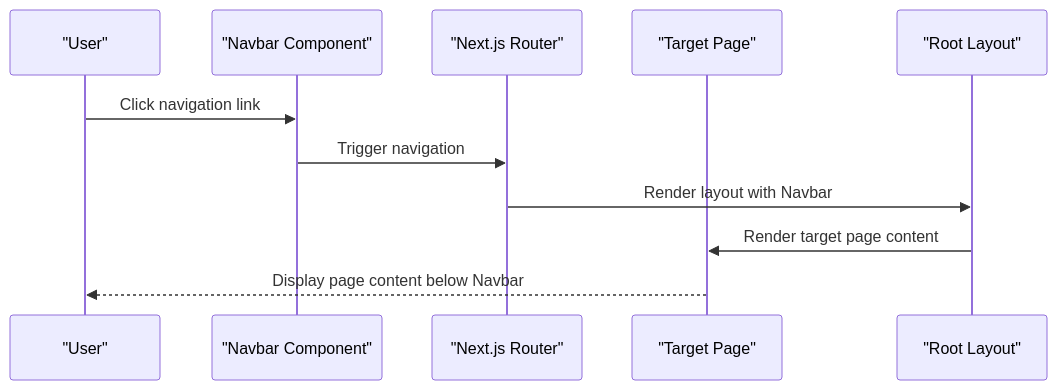
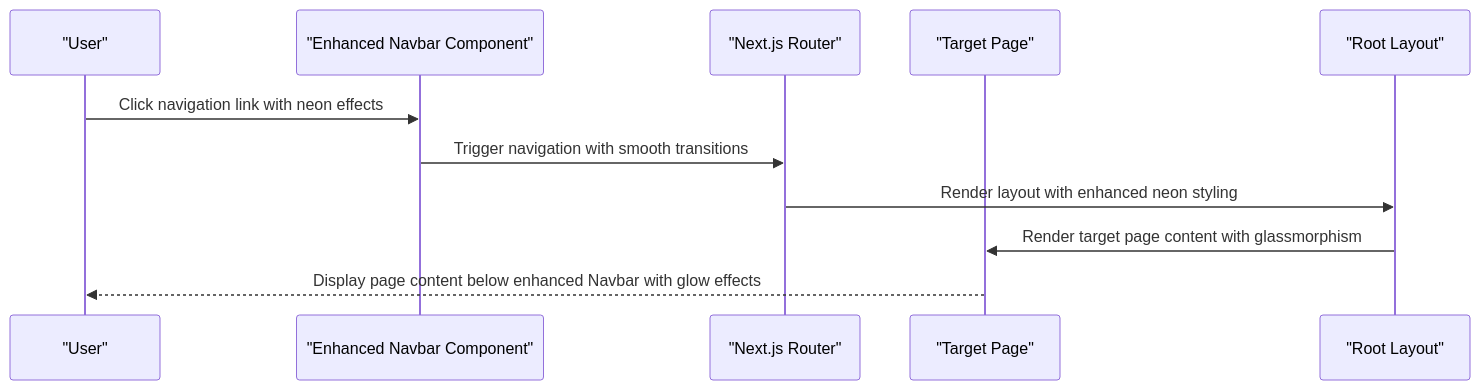
The second of 4 diagrams in .qoder/repowiki/en/content/Frontend Interface/Navigation System.md (Anmo07/Friday), drawn with Mermaid before and after one commit. The commit also changed other lines of this file and 931 other files, not shown here.

Commit message:
feat: update dashboard page and regenerate next.js standalone build artifacts

````diff
--- a/.qoder/repowiki/en/content/Frontend Interface/Navigation System.md
+++ b/.qoder/repowiki/en/content/Frontend Interface/Navigation System.md
@@ -90,13 +100,13 @@
 ```mermaid
 sequenceDiagram
 participant User as "User"
-participant Navbar as "Navbar Component"
+participant EnhancedNavbar as "Enhanced Navbar Component"
 participant NextRouter as "Next.js Router"
 participant Page as "Target Page"
 participant Layout as "Root Layout"
-User->>Navbar : Click navigation link
-Navbar->>NextRouter : Trigger navigation
-NextRouter->>Layout : Render layout with Navbar
-Layout->>Page : Render target page content
-Page-->>User : Display page content below Navbar
+User->>EnhancedNavbar : Click navigation link with neon effects
+EnhancedNavbar->>NextRouter : Trigger navigation with smooth transitions
+NextRouter->>Layout : Render layout with enhanced neon styling
+Layout->>Page : Render target page content with glassmorphism
+Page-->>User : Display page content below enhanced Navbar with glow effects
 ```
````
